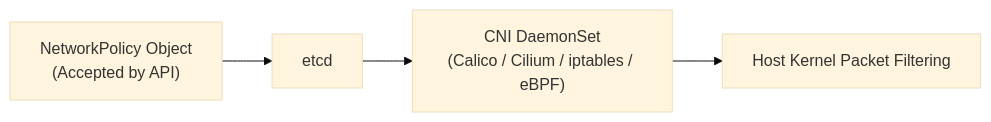
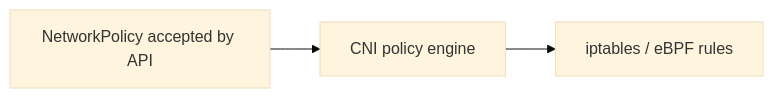
One commit to darshan-raul/apollo11-docs changed the diagram in docs/learn/security/network-policy.md. Above: the diagram before and after it, drawn with Mermaid (base theme). The commit also changed other lines of this file and 55 other files, not shown here.

````diff
--- a/docs/learn/security/network-policy.md
+++ b/docs/learn/security/network-policy.md
@@ -24,6 +22,4 @@
-~~~mermaid
+```mermaid
 flowchart LR
-  YAML["NetworkPolicy Object\n(Accepted by API)"] --> etcd["etcd"]
-  etcd --> CNI["CNI DaemonSet\n(Calico / Cilium / iptables / eBPF)"]
-  CNI --> Rules["Host Kernel Packet Filtering"]
-~~~
+  P[NetworkPolicy accepted by API] --> C[CNI policy engine] --> K[iptables / eBPF rules]
+```
````
